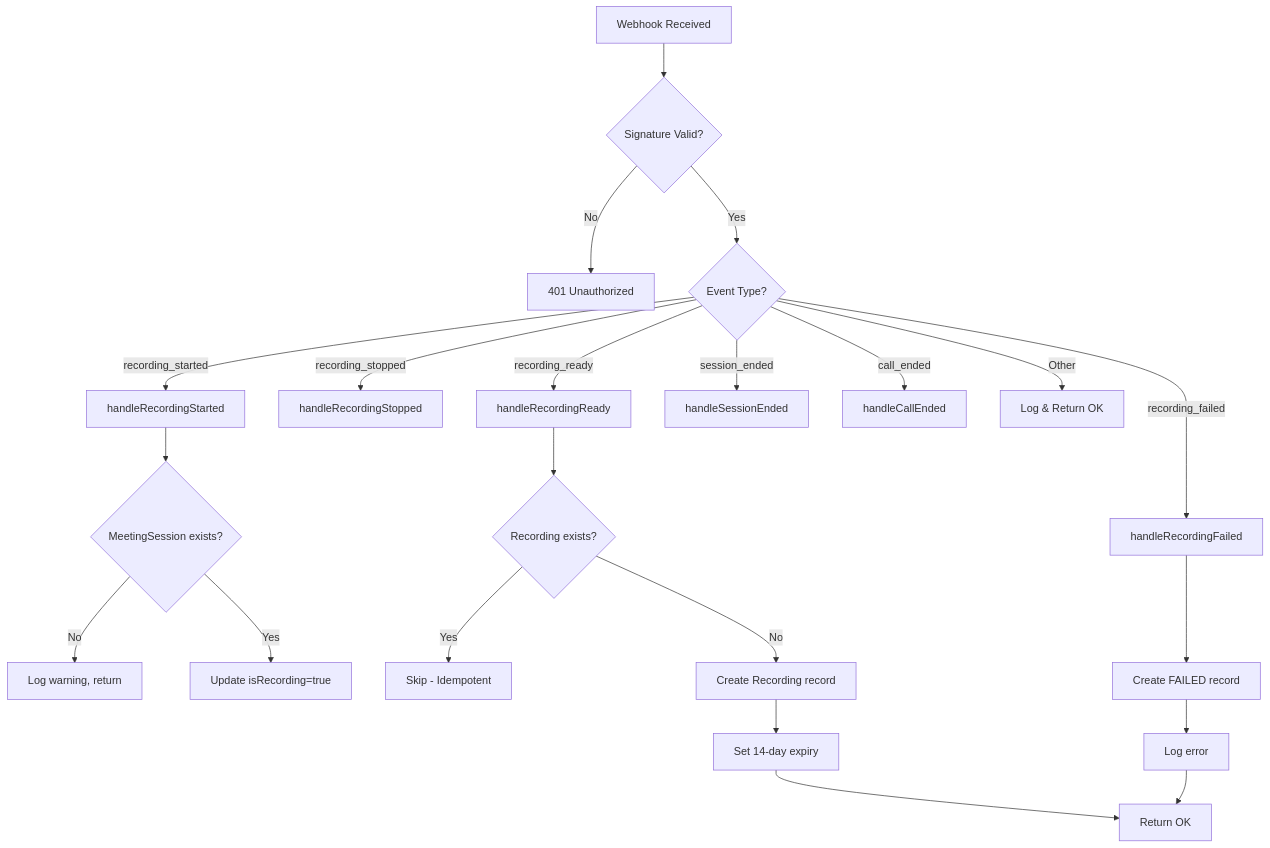
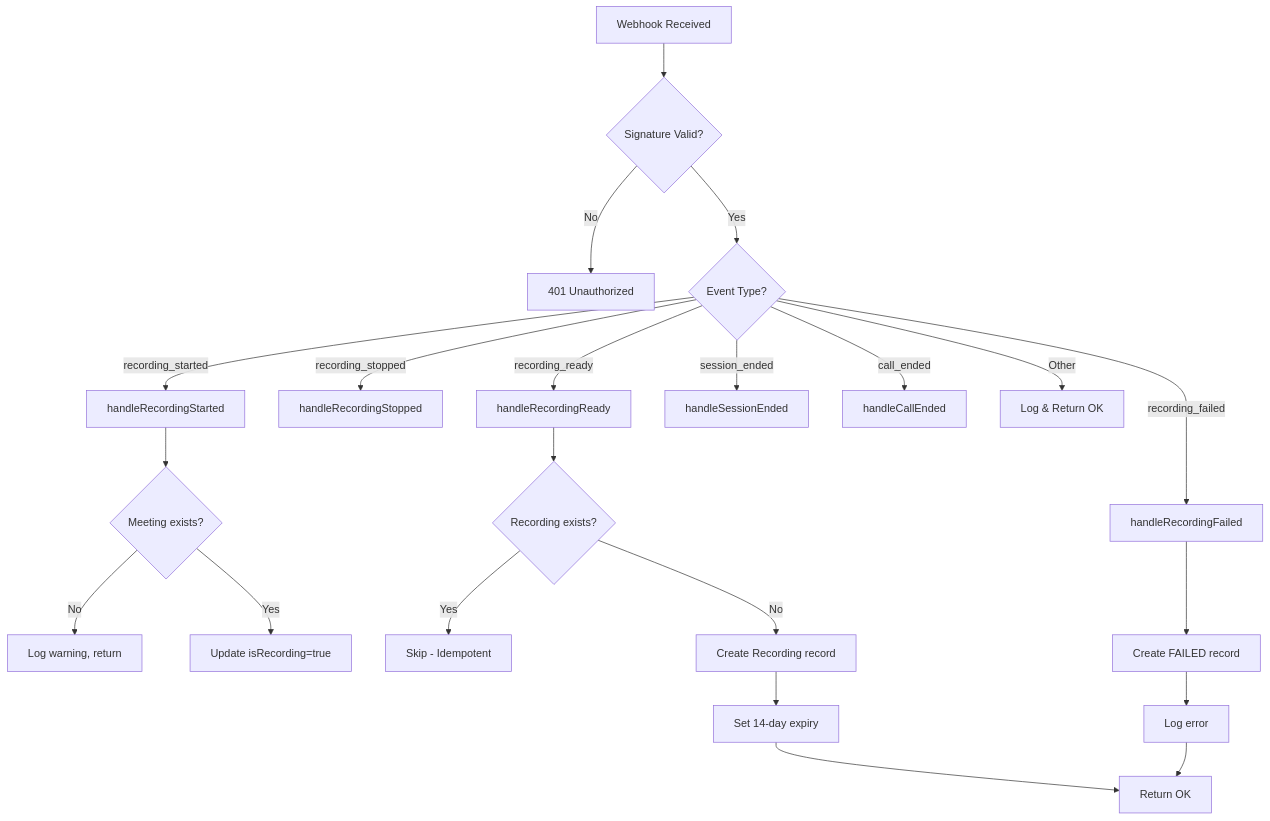
The sixth of 7 diagrams in docs/stream/13-recording-webhooks.md (Practitionist/familiarise_web), drawn with Mermaid before and after one commit. The commit also changed other lines of this file and 107 other files, not shown here.

````diff
--- a/docs/stream/13-recording-webhooks.md
+++ b/docs/stream/13-recording-webhooks.md
@@ -436,28 +436,28 @@
 ```mermaid
 flowchart TD
     A[Webhook Received] --> B{Signature Valid?}
     B -->|No| C[401 Unauthorized]
     B -->|Yes| D{Event Type?}
 
     D -->|recording_started| E[handleRecordingStarted]
     D -->|recording_stopped| F[handleRecordingStopped]
     D -->|recording_ready| G[handleRecordingReady]
     D -->|recording_failed| H[handleRecordingFailed]
     D -->|session_ended| I[handleSessionEnded]
     D -->|call_ended| J[handleCallEnded]
     D -->|Other| K[Log & Return OK]
 
-    E --> L{MeetingSession exists?}
+    E --> L{Meeting exists?}
     L -->|No| M[Log warning, return]
     L -->|Yes| N[Update isRecording=true]
 
     G --> O{Recording exists?}
     O -->|Yes| P[Skip - Idempotent]
     O -->|No| Q[Create Recording record]
     Q --> R[Set 14-day expiry]
     R --> S[Return OK]
 
     H --> T[Create FAILED record]
     T --> U[Log error]
     U --> S
 ```
````
